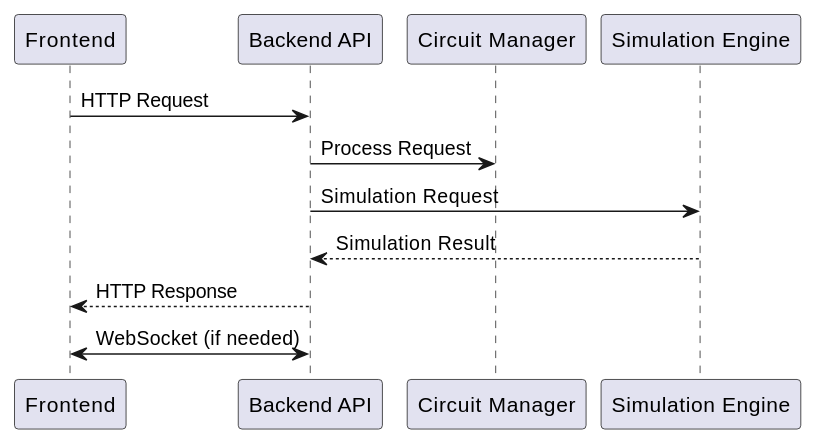
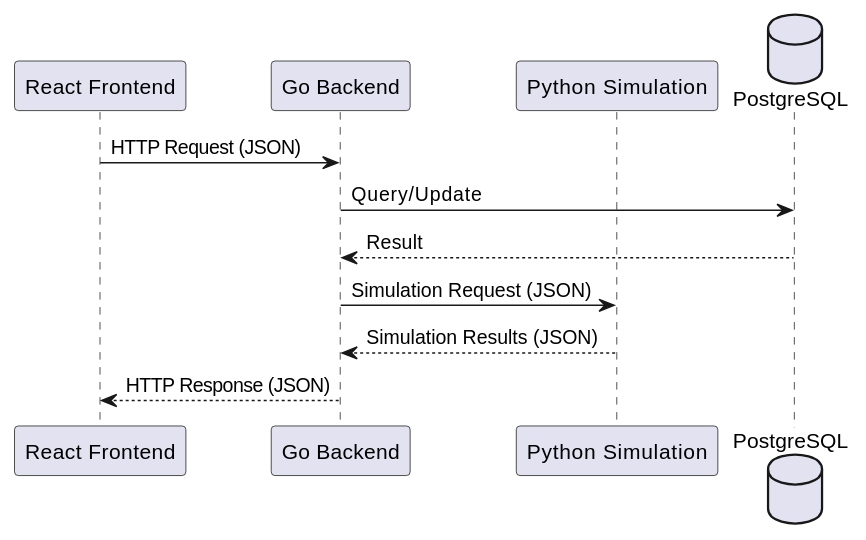
One commit to snark87/vibe-coding-experiment changed the ninth of 11 diagrams in docs/high_level_architecture.md. Above: the diagram before and after it, drawn with PlantUML. The commit also changed other lines of this file and 1 other file, not shown here.

First line of the commit message:
docs: Address review comments in high-level architecture document

````diff
--- a/docs/high_level_architecture.md
+++ b/docs/high_level_architecture.md
@@ -325,16 +390,15 @@
 ```puml
 @startuml
-participant "Frontend" as Frontend
-participant "Backend API" as API
-participant "Circuit Manager" as CircuitMgr
-participant "Simulation Engine" as SimEngine
+participant "React Frontend" as Frontend
+participant "Go Backend" as Backend
+participant "Python Simulation" as Simulation
+database "PostgreSQL" as DB
 
-Frontend -> API: HTTP Request
-API -> CircuitMgr: Process Request
-API -> SimEngine: Simulation Request
-SimEngine --> API: Simulation Result
-API --> Frontend: HTTP Response
-
-Frontend <-> API: WebSocket (if needed)
+Frontend -> Backend: HTTP Request (JSON)
+Backend -> DB: Query/Update
+DB --> Backend: Result
+Backend -> Simulation: Simulation Request (JSON)
+Simulation --> Backend: Simulation Results (JSON)
+Backend --> Frontend: HTTP Response (JSON)
 @enduml
 ```
````
